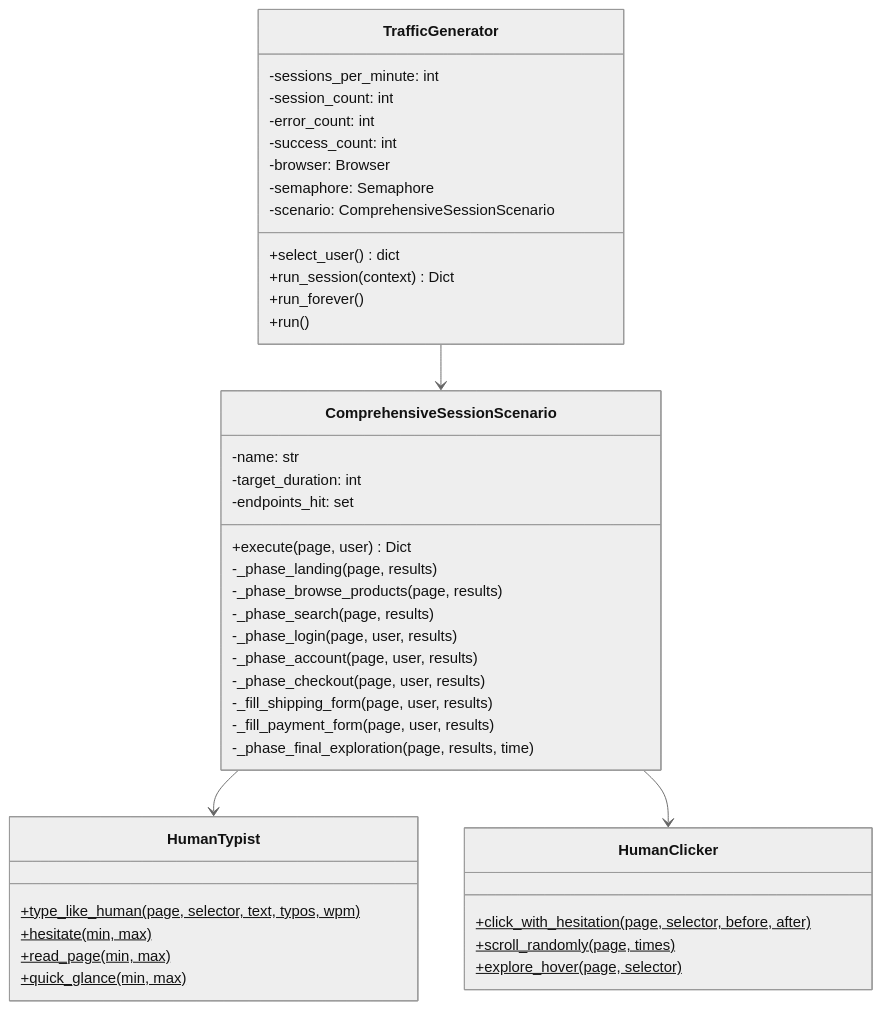
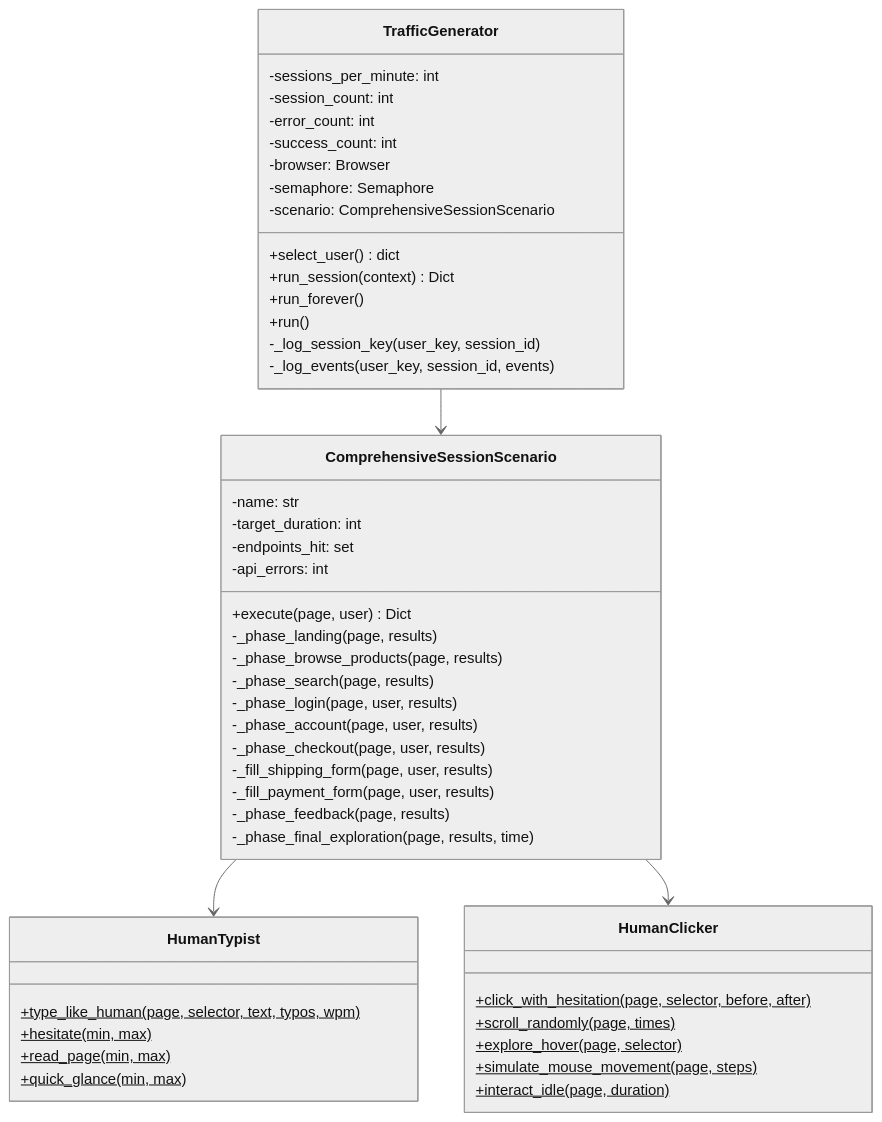
Before and after one commit to ttotenberg-ld/launchdarkly-fullstack-o11y-populator: the seventh of 9 diagrams in agents/simulator-diagram.md, drawn with Mermaid (neutral theme). The commit also changed other lines of this file, not shown here.

Commit message:
updated simulator diagram

````diff
--- a/agents/simulator-diagram.md
+++ b/agents/simulator-diagram.md
@@ -225,49 +313,55 @@
 ```mermaid
 classDiagram
     class TrafficGenerator {
         -sessions_per_minute: int
         -session_count: int
         -error_count: int
         -success_count: int
         -browser: Browser
         -semaphore: Semaphore
         -scenario: ComprehensiveSessionScenario
         +select_user() dict
         +run_session(context) Dict
         +run_forever()
         +run()
+        -_log_session_key(user_key, session_id)
+        -_log_events(user_key, session_id, events)
     }
 
     class ComprehensiveSessionScenario {
         -name: str
         -target_duration: int
         -endpoints_hit: set
+        -api_errors: int
         +execute(page, user) Dict
         -_phase_landing(page, results)
         -_phase_browse_products(page, results)
         -_phase_search(page, results)
         -_phase_login(page, user, results)
         -_phase_account(page, user, results)
         -_phase_checkout(page, user, results)
         -_fill_shipping_form(page, user, results)
         -_fill_payment_form(page, user, results)
+        -_phase_feedback(page, results)
         -_phase_final_exploration(page, results, time)
     }
 
     class HumanTypist {
         +type_like_human(page, selector, text, typos, wpm)$
         +hesitate(min, max)$
         +read_page(min, max)$
         +quick_glance(min, max)$
     }
 
     class HumanClicker {
         +click_with_hesitation(page, selector, before, after)$
         +scroll_randomly(page, times)$
         +explore_hover(page, selector)$
+        +simulate_mouse_movement(page, steps)$
+        +interact_idle(page, duration)$
     }
 
     TrafficGenerator --> ComprehensiveSessionScenario
     ComprehensiveSessionScenario --> HumanTypist
     ComprehensiveSessionScenario --> HumanClicker
 ```
````
